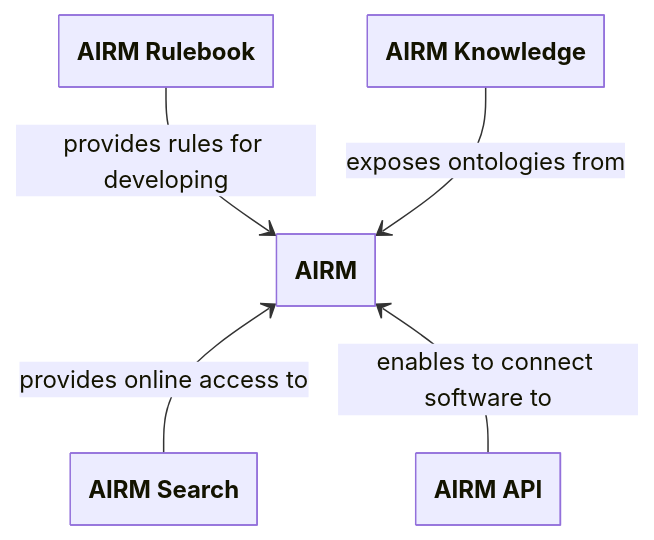
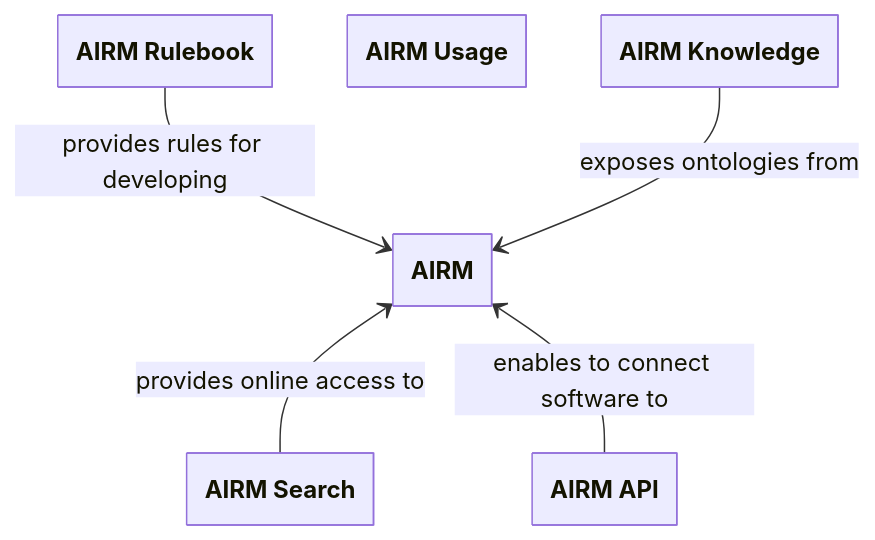
The second of 3 diagrams in docs/home.md (airm-ccb/airm-user-manual-1.3.0-testing), drawn with Mermaid before and after one commit. The commit also changed other lines of this file, not shown here.

````diff
--- a/docs/home.md
+++ b/docs/home.md
@@ -9,28 +59,29 @@
 ```mermaid
 ---
   config:
     class:
       hideEmptyMembersBox: true
 ---
 classDiagram
    class AIRM
    class AIRM_Knowledge["AIRM Knowledge"]
+   class AIRM_Usage["AIRM Usage"]
    class AIRM_Rulebook["AIRM Rulebook"]
    class AIRM_API["AIRM API"]
    class AIRM_Search["AIRM Search"]
+   
    %% class AIRM_Contextual_Model["AIRM Contextual Model"]
    %% class AIRM_Conceptual_Model["AIRM Conceptual Model"]
    %% class AIRM_Logical_Model["AIRM Logical Model"]
-
    %% class AIRM_User_Manual["AIRM User Manual"]
 
    AIRM_Rulebook --> AIRM : provides rules for developing
    AIRM_Knowledge --> AIRM : exposes ontologies from
    AIRM <-- AIRM_Search : provides online access to
    AIRM <-- AIRM_API: enables to connect software to 
 
   click AIRM_Rulebook href "https://airm-ccb.github.io/airm-user-manual-1.3.0-testing/#/guidance/airm_rulebook" "Browse the AIRM Rulebook"
   click AIRM_Knowledge href "https://airm-ccb.github.io/airm-user-manual-1.3.0-testing/#/knowledge/aircraft" "Discover the AIRM ontologies"
   click AIRM_Search href "https://airm.aero/dictionary/1.2.0/search" "Search for ATM terms, abbreviations and concepts"
   click AIRM_API href "https://airm.aero/developers/api" "Connect your software"
 ```
````
